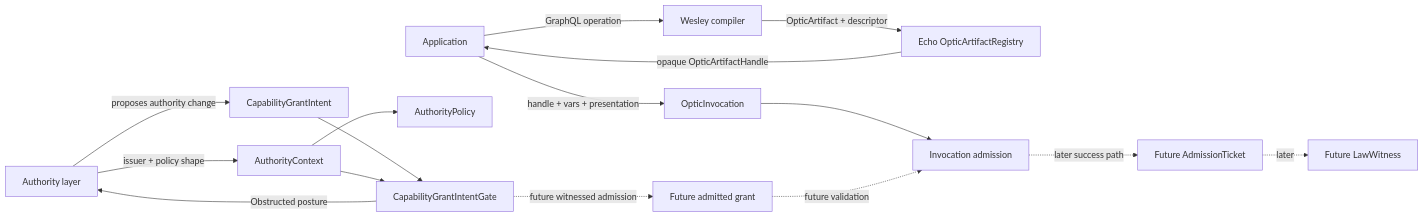
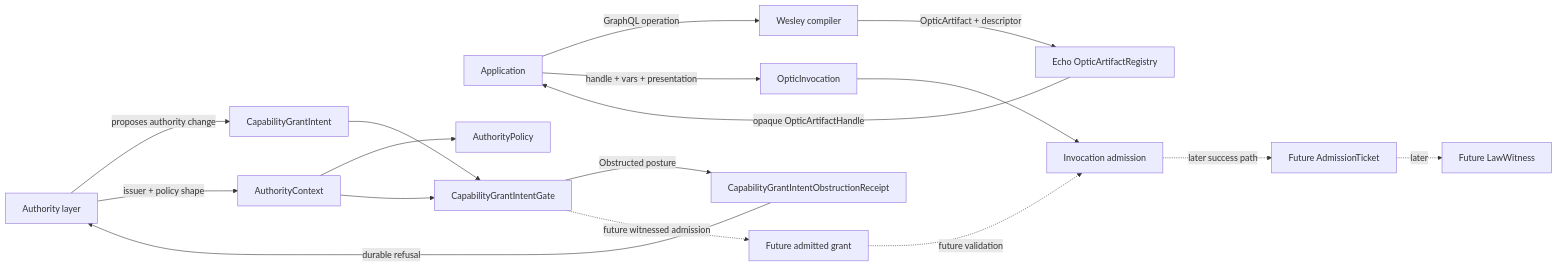
Before and after one commit to flyingrobots/echo: the first of 5 diagrams in docs/design/optic-capability-grant-intent-boundary.md, drawn with Mermaid. The commit also changed other lines of this file and 4 other files, not shown here.

Commit message:
feat(core): add grant intent obstruction receipt shape

````diff
--- a/docs/design/optic-capability-grant-intent-boundary.md
+++ b/docs/design/optic-capability-grant-intent-boundary.md
@@ -44,32 +47,34 @@
 ```mermaid
 flowchart LR
   App[Application]
   Wesley[Wesley compiler]
   ArtifactRegistry[Echo OpticArtifactRegistry]
   Authority[Authority layer]
   Intent[CapabilityGrantIntent]
   Context[AuthorityContext]
   Policy[AuthorityPolicy]
   Gate[CapabilityGrantIntentGate]
+  Receipt[CapabilityGrantIntentObstructionReceipt]
   Invocation[OpticInvocation]
   Admission[Invocation admission]
   FutureGrant[Future admitted grant]
   FutureTicket[Future AdmissionTicket]
   FutureWitness[Future LawWitness]
 
   App -->|GraphQL operation| Wesley
   Wesley -->|OpticArtifact + descriptor| ArtifactRegistry
   ArtifactRegistry -->|opaque OpticArtifactHandle| App
   Authority -->|proposes authority change| Intent
   Authority -->|issuer + policy shape| Context
   Context --> Policy
   Intent --> Gate
   Context --> Gate
-  Gate -->|Obstructed posture| Authority
+  Gate -->|Obstructed posture| Receipt
+  Receipt -->|durable refusal| Authority
   Gate -. future witnessed admission .-> FutureGrant
   App -->|handle + vars + presentation| Invocation
   Invocation --> Admission
   FutureGrant -. future validation .-> Admission
   Admission -. later success path .-> FutureTicket
   FutureTicket -. later .-> FutureWitness
 ```
````
